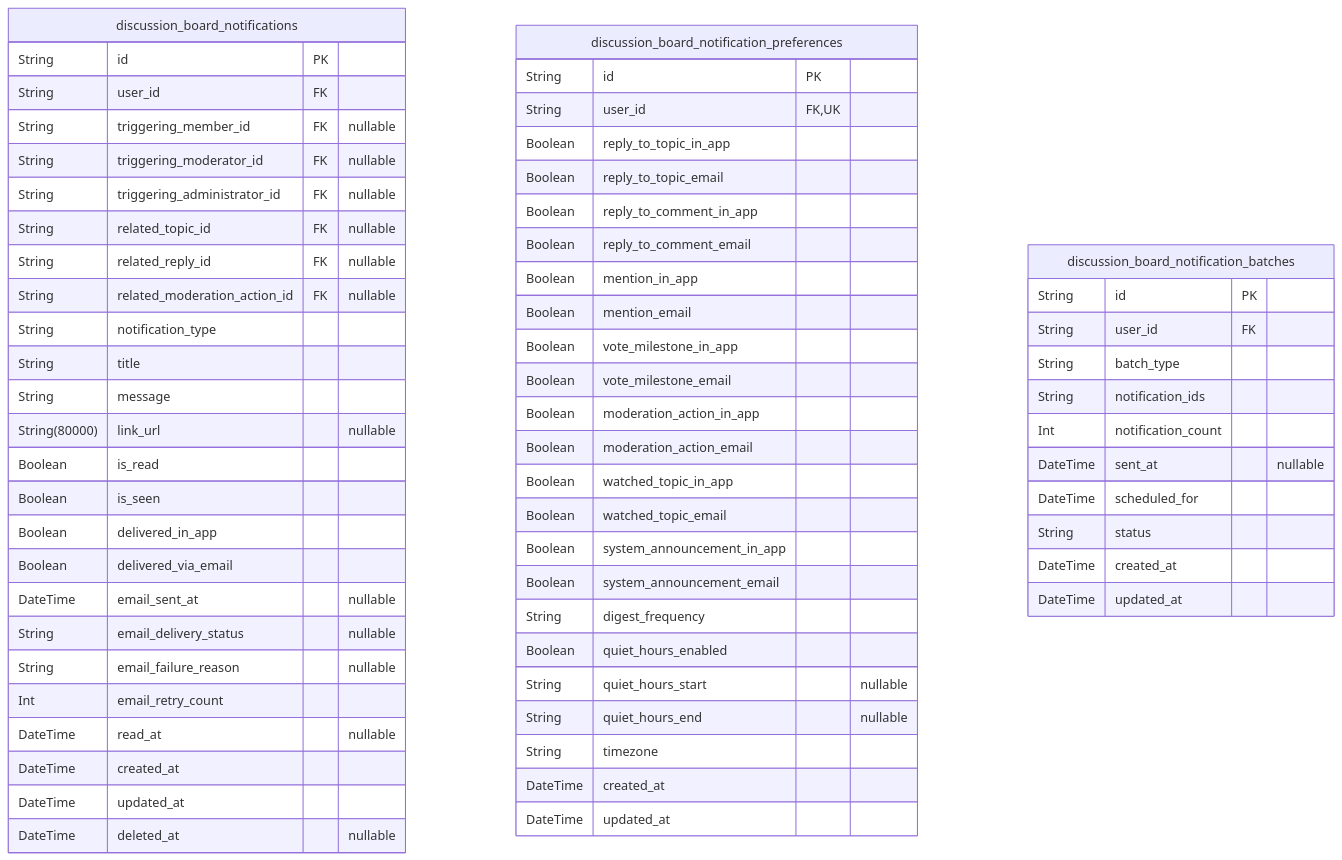
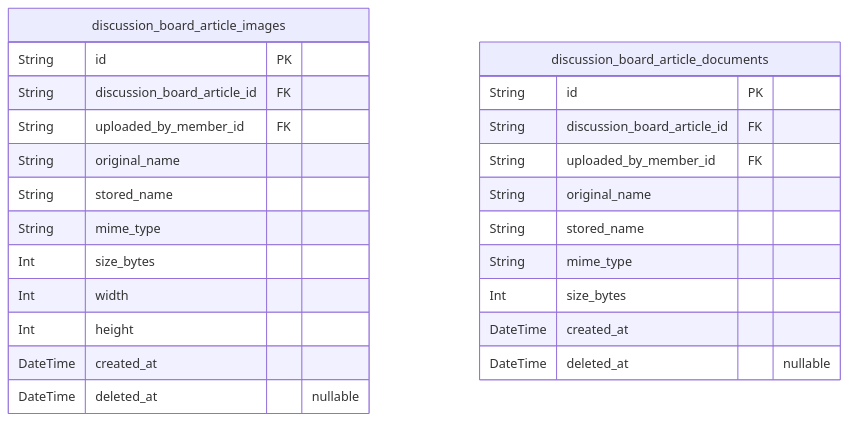
Before and after one commit to wrtnlabs/autobe-examples: the fifth of 6 diagrams in anthropic/claude-sonnet-4.5/bbs/docs/ERD.md, drawn with Mermaid. The commit also changed other lines of this file and 16146 other files, not shown here.

````diff
--- a/anthropic/claude-sonnet-4.5/bbs/docs/ERD.md
+++ b/anthropic/claude-sonnet-4.5/bbs/docs/ERD.md
@@ -1483,66 +528,27 @@
 ```mermaid
 erDiagram
-"discussion_board_notifications" {
+"discussion_board_article_images" {
   String id PK
-  String user_id FK
-  String triggering_member_id FK "nullable"
-  String triggering_moderator_id FK "nullable"
-  String triggering_administrator_id FK "nullable"
-  String related_topic_id FK "nullable"
-  String related_reply_id FK "nullable"
-  String related_moderation_action_id FK "nullable"
-  String notification_type
-  String title
-  String message
-  String(80000) link_url "nullable"
-  Boolean is_read
-  Boolean is_seen
-  Boolean delivered_in_app
-  Boolean delivered_via_email
-  DateTime email_sent_at "nullable"
-  String email_delivery_status "nullable"
-  String email_failure_reason "nullable"
-  Int email_retry_count
-  DateTime read_at "nullable"
+  String discussion_board_article_id FK
+  String uploaded_by_member_id FK
+  String original_name
+  String stored_name
+  String mime_type
+  Int size_bytes
+  Int width
+  Int height
   DateTime created_at
-  DateTime updated_at
   DateTime deleted_at "nullable"
 }
-"discussion_board_notification_preferences" {
+"discussion_board_article_documents" {
   String id PK
-  String user_id FK,UK
-  Boolean reply_to_topic_in_app
-  Boolean reply_to_topic_email
-  Boolean reply_to_comment_in_app
-  Boolean reply_to_comment_email
-  Boolean mention_in_app
-  Boolean mention_email
-  Boolean vote_milestone_in_app
-  Boolean vote_milestone_email
-  Boolean moderation_action_in_app
-  Boolean moderation_action_email
-  Boolean watched_topic_in_app
-  Boolean watched_topic_email
-  Boolean system_announcement_in_app
-  Boolean system_announcement_email
-  String digest_frequency
-  Boolean quiet_hours_enabled
-  String quiet_hours_start "nullable"
-  String quiet_hours_end "nullable"
-  String timezone
+  String discussion_board_article_id FK
+  String uploaded_by_member_id FK
+  String original_name
+  String stored_name
+  String mime_type
+  Int size_bytes
   DateTime created_at
-  DateTime updated_at
-}
-"discussion_board_notification_batches" {
-  String id PK
-  String user_id FK
-  String batch_type
-  String notification_ids
-  Int notification_count
-  DateTime sent_at "nullable"
-  DateTime scheduled_for
-  String status
-  DateTime created_at
-  DateTime updated_at
+  DateTime deleted_at "nullable"
 }
 ```
````
